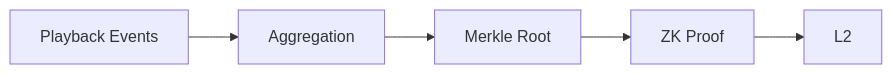
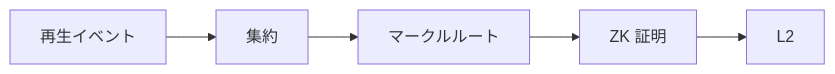
Before and after one commit to ShigeichiroYamasaki/creator-first-platform: diagram 12 of 47 in docs/whitepaper/12-infrastructure-cost.md, drawn with Mermaid. The commit also changed other lines of this file and 72 other files, not shown here.

````diff
--- a/docs/whitepaper/12-infrastructure-cost.md
+++ b/docs/whitepaper/12-infrastructure-cost.md
@@ -509,10 +509,10 @@
 ```mermaid
 flowchart LR
-    E1[Playback Events]
-    AGG[Aggregation]
-    ROOT[Merkle Root]
-    ZK[ZK Proof]
+    E1[再生イベント]
+    AGG[集約]
+    ROOT[マークルルート]
+    ZK[ZK 証明]
     L2[L2]
 
     E1 --> AGG --> ROOT --> ZK --> L2
 ```
````
